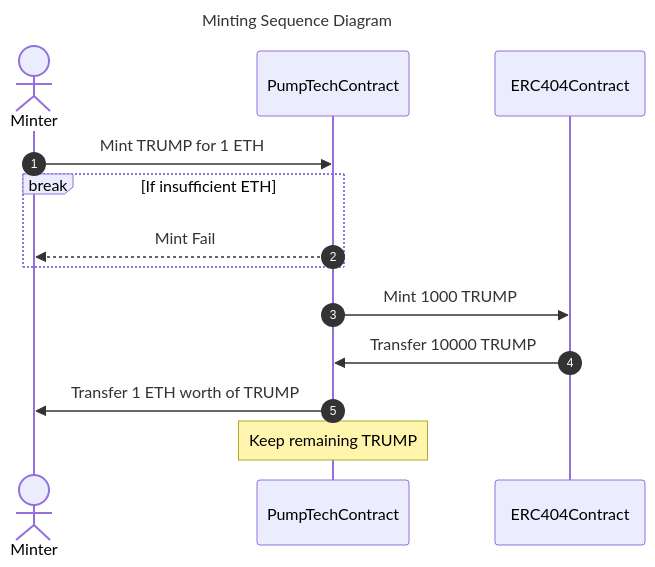
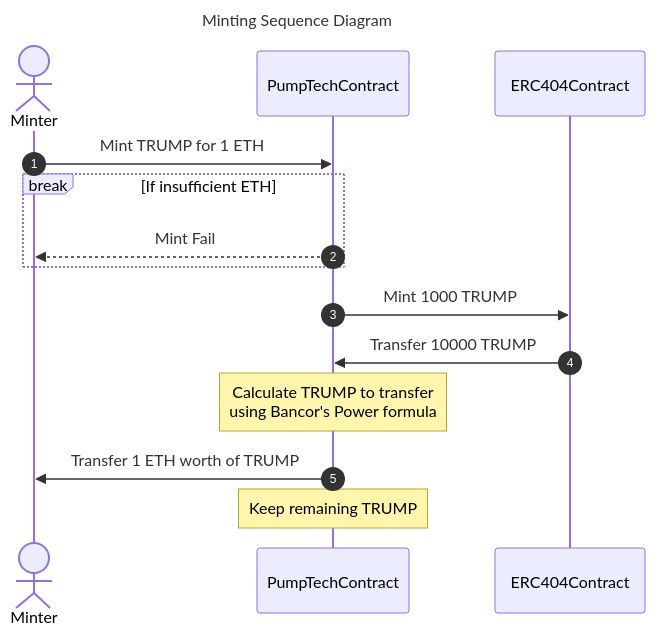
The first of 3 diagrams in docs/OPERATIONS.md (aloshyakasoto/pump.tech), drawn with Mermaid before and after one commit. The commit also changed other lines of this file, not shown here.

````diff
--- a/docs/OPERATIONS.md
+++ b/docs/OPERATIONS.md
@@ -13,18 +13,19 @@
 ```mermaid
 ---
 title: Minting Sequence Diagram
 ---
 sequenceDiagram
     autonumber
     actor Minter
     participant PumpTechContract
     participant ERC404Contract
     Minter ->> PumpTechContract: Mint TRUMP for 1 ETH
     break If insufficient ETH
         PumpTechContract-->>Minter: Mint Fail
     end
     PumpTechContract ->> ERC404Contract: Mint 1000 TRUMP
     ERC404Contract ->> PumpTechContract: Transfer 10000 TRUMP
+    Note over PumpTechContract: Calculate TRUMP to transfer<br />using Bancor's Power formula
     PumpTechContract ->> Minter: Transfer 1 ETH worth of TRUMP
     Note over PumpTechContract: Keep remaining TRUMP
 ```
````
